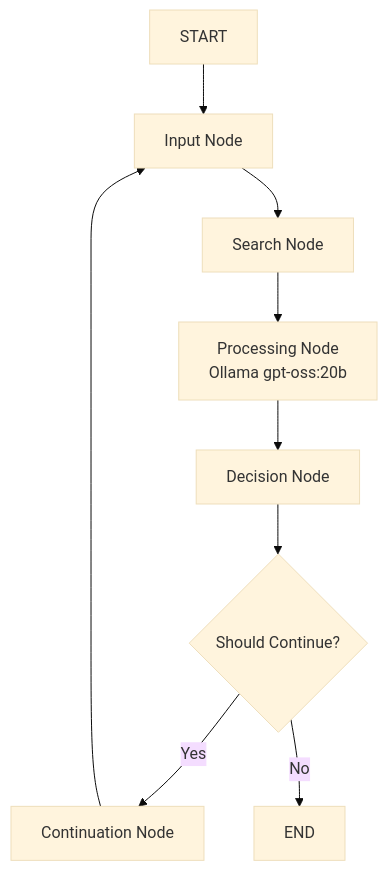
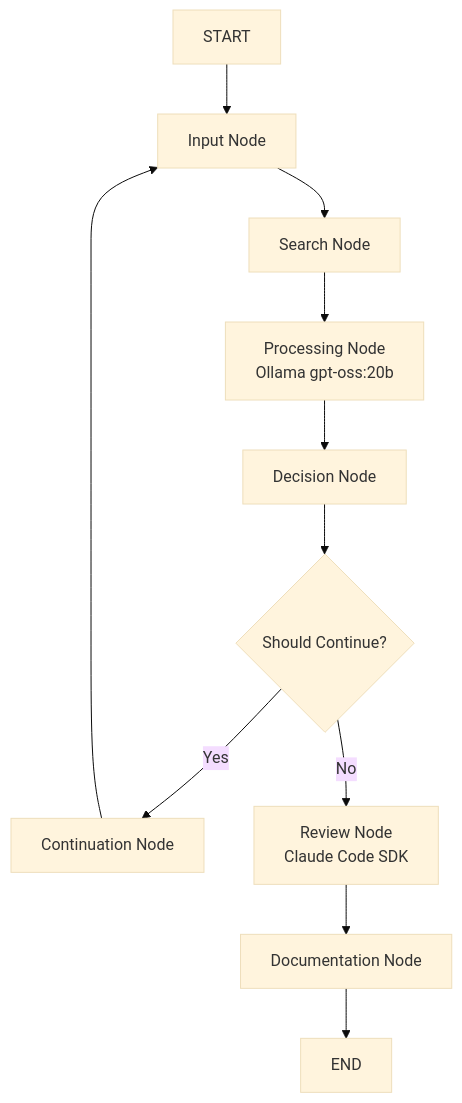
Before and after one commit to 1neoneo3/langgraph-ollama-workflow: the diagram in README.md, drawn with Mermaid (base theme). The commit also changed other lines of this file and 12 other files, not shown here.

````diff
--- a/README.md
+++ b/README.md
@@ -128,11 +138,13 @@
 ```mermaid
 graph TD
     A[START] --> B[Input Node]
     B --> C[Search Node]
     C --> D[Processing Node<br/>Ollama gpt-oss:20b]
     D --> E[Decision Node]
     E --> F{Should Continue?}
     F -->|Yes| G[Continuation Node]
-    F -->|No| H[END]
+    F -->|No| H[Review Node<br/>Claude Code SDK]
     G --> B
+    H --> I[Documentation Node]
+    I --> J[END]
 ```
````
